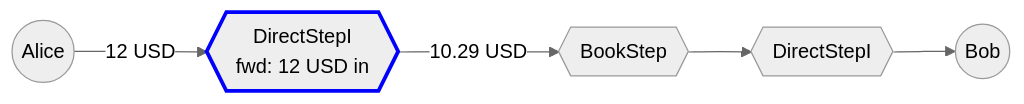
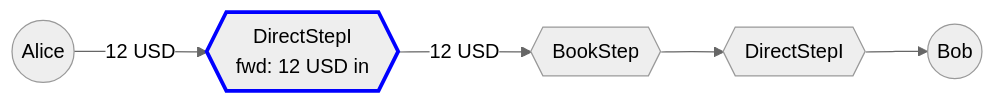
One commit to XRPLF/dex-docs changed the tenth of 12 diagrams in docs/flow/README.md. Above: the diagram before and after it, drawn with Mermaid (neutral theme). The commit also changed other lines of this file and 15 other files, not shown here.

````diff
--- a/docs/flow/README.md
+++ b/docs/flow/README.md
@@ -1518,11 +1542,11 @@
 ```mermaid
 flowchart LR
     alice((Alice))
     aliceToIssuer{{DirectStepI<br>fwd: 12 USD in}}
     issuerToOfferToIssuer{{BookStep}}
     issuerToBob{{DirectStepI}}
     bob((Bob))
-    alice -- 12 USD --> aliceToIssuer -- 10.29 USD --> issuerToOfferToIssuer --> issuerToBob --> bob
+    alice -- 12 USD --> aliceToIssuer -- 12 USD --> issuerToOfferToIssuer --> issuerToBob --> bob
     
     style aliceToIssuer stroke:blue,stroke-width:3px
 ```
````
